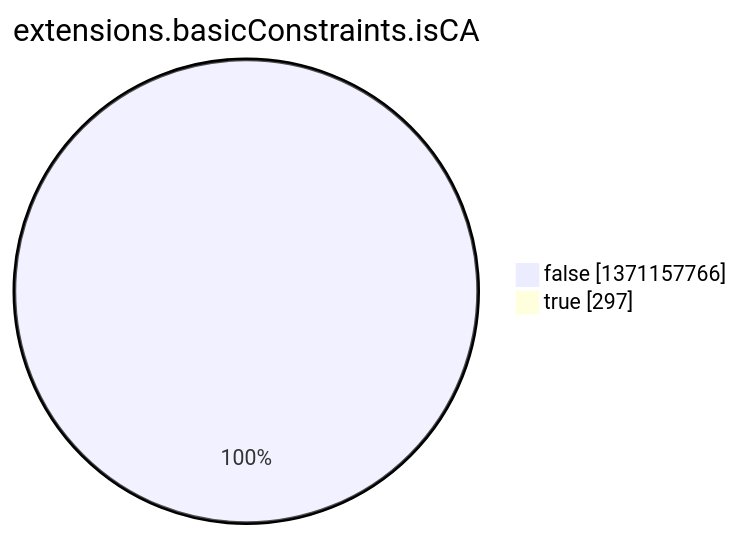
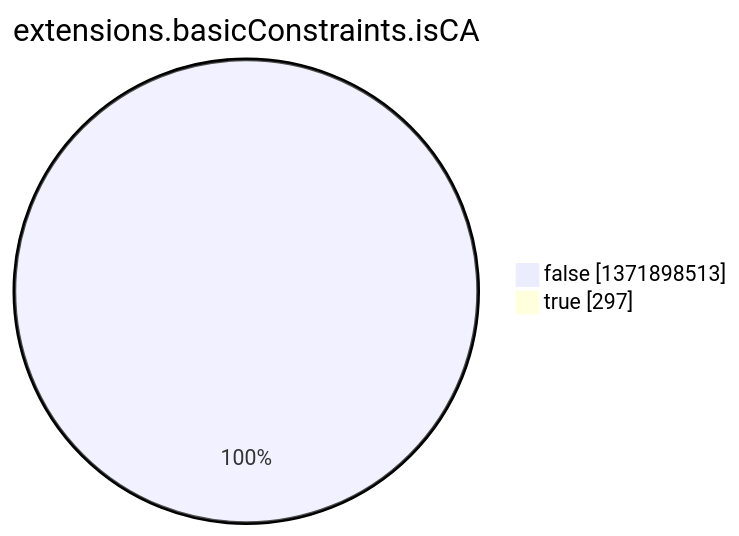
One commit to christiankrug/ctmonitor_visualization changed the eighth of 15 diagrams in argon2022/README.md. Above: the diagram before and after it, drawn with Mermaid. The commit also changed other lines of this file, not shown here.

````diff
--- a/argon2022/README.md
+++ b/argon2022/README.md
@@ -2759,6 +2759,6 @@
 ```mermaid
 pie showData
 title extensions.basicConstraints.isCA
-"false" :1371157766
+"false" :1371898513
 "true" :297
 ```
````
